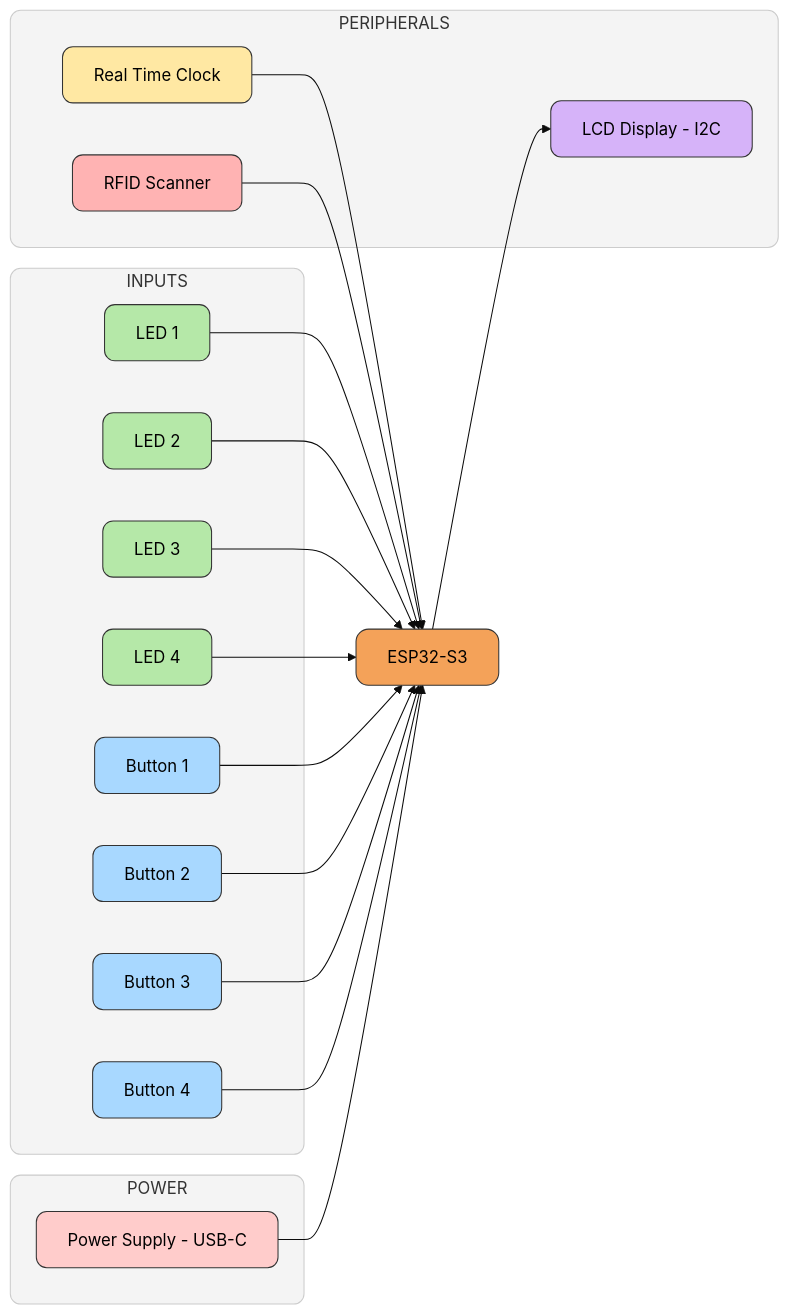
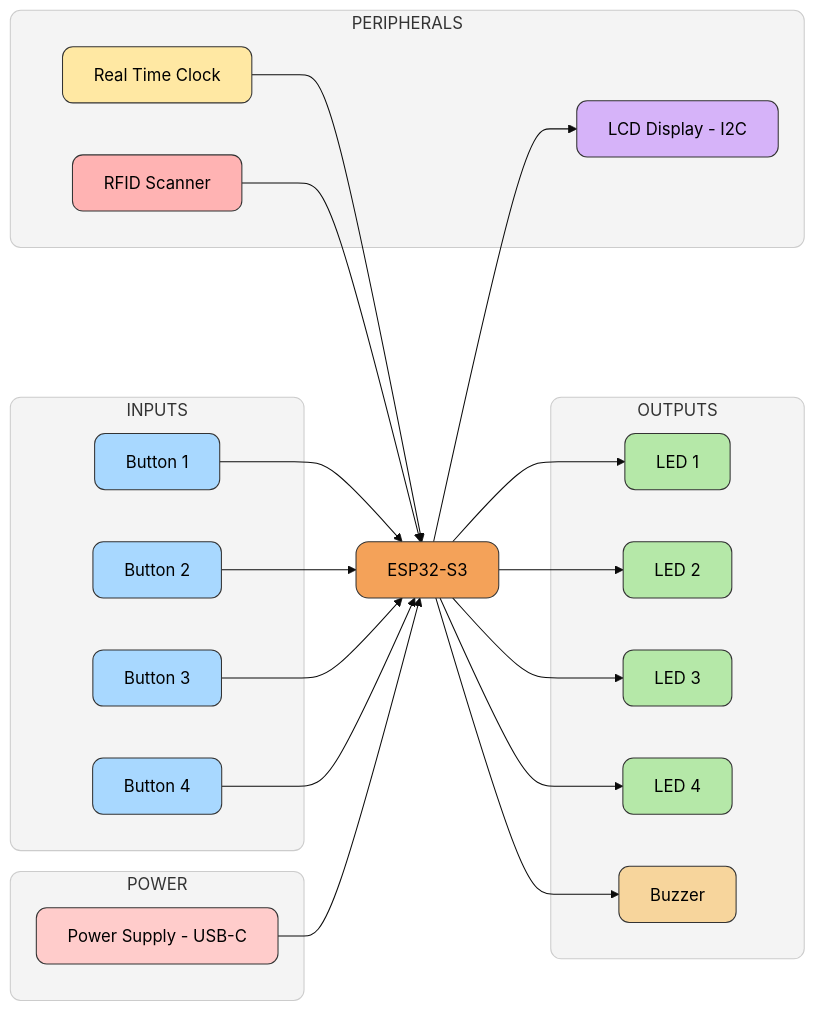
The diagram in README.md (east-anderson/esp32-simon-game), drawn with Mermaid (base theme) before and after one commit.

````diff
--- a/README.md
+++ b/README.md
@@ -9,55 +9,65 @@
 ```mermaid
 flowchart LR
 
     classDef group fill:#f4f4f4,stroke:#cccccc,stroke-width:1px,color:#333,rx:10,ry:10;
     classDef esp fill:#f4a259,stroke:#333,stroke-width:1px,color:black,rx:12,ry:12;
     classDef led fill:#b5e8a8,stroke:#333,stroke-width:1px,color:black,rx:10,ry:10;
     classDef btn fill:#a8d8ff,stroke:#333,stroke-width:1px,color:black,rx:10,ry:10;
     classDef lcd fill:#d6b3f9,stroke:#333,stroke-width:1px,color:black,rx:10,ry:10;
     classDef rtc fill:#ffe8a3,stroke:#333,stroke-width:1px,color:black,rx:10,ry:10;
     classDef rfid fill:#ffb3b3,stroke:#333,stroke-width:1px,color:black,rx:10,ry:10;
     classDef power fill:#ffcccb,stroke:#333,stroke-width:1px,color:black,rx:10,ry:10;
+    classDef buzzer fill:#f7d59c,stroke:#333,stroke-width:1px,color:black,rx:10,ry:10;
 
+    %% INPUTS
     subgraph INPUTS
-        LED1[LED 1]:::led
-        LED2[LED 2]:::led
-        LED3[LED 3]:::led
-        LED4[LED 4]:::led
-
         BTN1[Button 1]:::btn
         BTN2[Button 2]:::btn
         BTN3[Button 3]:::btn
         BTN4[Button 4]:::btn
     end
     class INPUTS group
 
+    %% OUTPUTS
+    subgraph OUTPUTS
+        LED1[LED 1]:::led
+        LED2[LED 2]:::led
+        LED3[LED 3]:::led
+        LED4[LED 4]:::led
+        BUZ[Buzzer]:::buzzer
+    end
+    class OUTPUTS group
+
+    %% PERIPHERALS
     subgraph PERIPHERALS
         LCD[LCD Display - I2C]:::lcd
         RTC[Real Time Clock]:::rtc
         RFID[RFID Scanner]:::rfid
     end
     class PERIPHERALS group
 
+    %% POWER
     subgraph POWER
         PWR[Power Supply - USB-C]:::power
     end
     class POWER group
 
     ESP[ESP32-S3]:::esp
 
-    LED1 --> ESP
-    LED2 --> ESP
-    LED3 --> ESP
-    LED4 --> ESP
-
     BTN1 --> ESP
     BTN2 --> ESP
     BTN3 --> ESP
     BTN4 --> ESP
+
+    ESP --> LED1
+    ESP --> LED2
+    ESP --> LED3
+    ESP --> LED4
+    ESP --> BUZ
 
     ESP --> LCD
     RTC --> ESP
     RFID --> ESP
 
     PWR --> ESP
 ```
````
